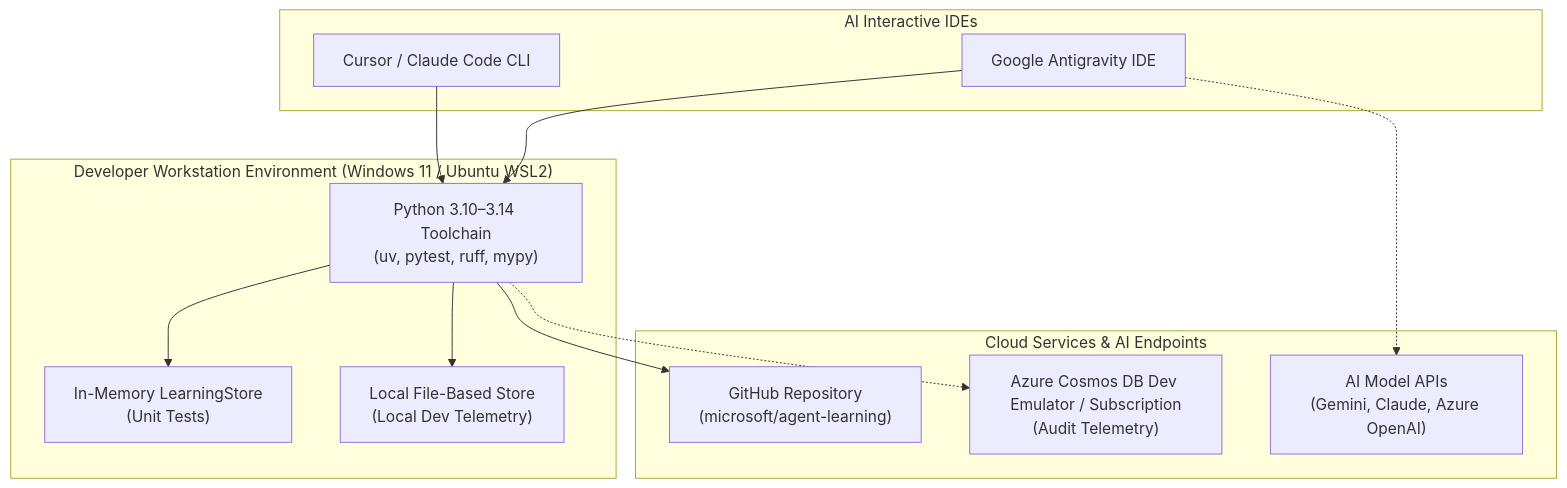
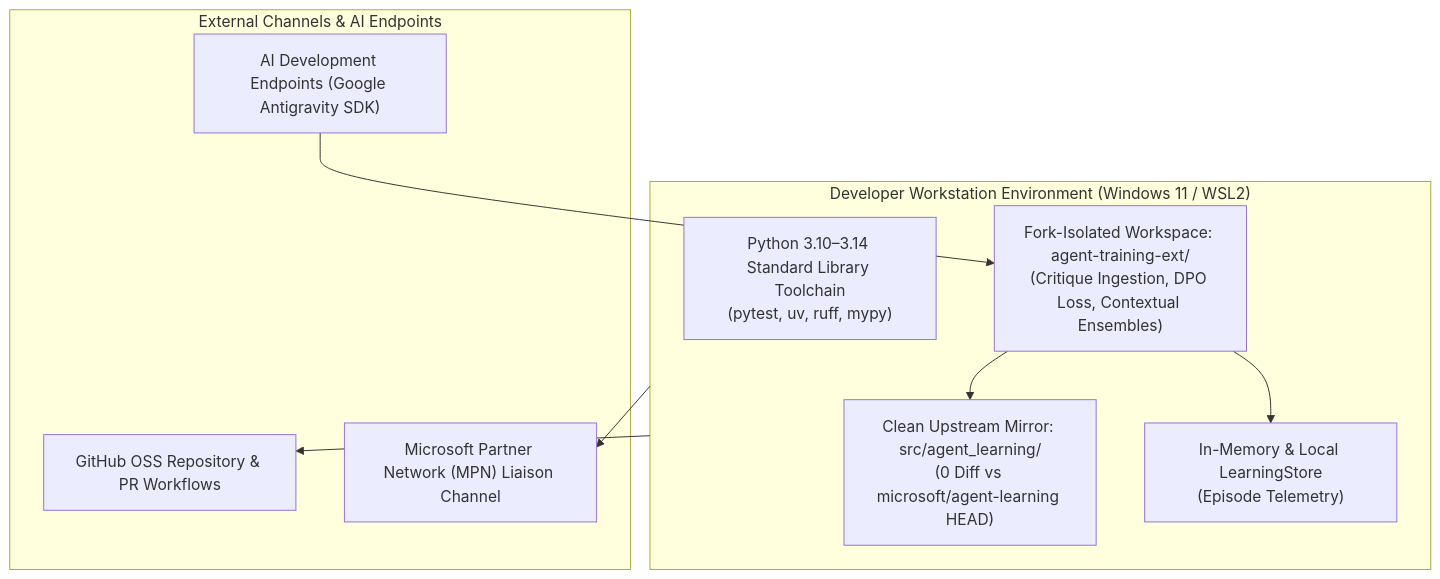
One commit to mdresch/agent-learning changed the diagram in docs/project-docs/management-plans/resource-baseline/foundation/Resource-Tooling-and-Assignment-Register.md. Above: the diagram before and after it, drawn with Mermaid. The commit also changed other lines of this file and 187 other files, not shown here.

````diff
--- a/docs/project-docs/management-plans/resource-baseline/foundation/Resource-Tooling-and-Assignment-Register.md
+++ b/docs/project-docs/management-plans/resource-baseline/foundation/Resource-Tooling-and-Assignment-Register.md
@@ -27,27 +27,21 @@
 ```mermaid
 flowchart TD
-    subgraph LocalDev["Developer Workstation Environment (Windows 11 / Ubuntu WSL2)"]
-        PY["Python 3.10–3.14 Toolchain<br/>(uv, pytest, ruff, mypy)"]
-        MEM["In-Memory LearningStore<br/>(Unit Tests)"]
-        LCL["Local File-Based Store<br/>(Local Dev Telemetry)"]
+    subgraph LocalDev["Developer Workstation Environment (Windows 11 / WSL2)"]
+        PY["Python 3.10–3.14 Standard Library Toolchain<br/>(pytest, uv, ruff, mypy)"]
+        EXT["Fork-Isolated Workspace: agent-training-ext/<br/>(Critique Ingestion, DPO Loss, Contextual Ensembles)"]
+        CORE["Clean Upstream Mirror: src/agent_learning/<br/>(0 Diff vs microsoft/agent-learning HEAD)"]
+        MEM["In-Memory & Local LearningStore<br/>(Episode Telemetry)"]
     end
 
-    subgraph CloudInfra["Cloud Services & AI Endpoints"]
-        GH["GitHub Repository<br/>(microsoft/agent-learning)"]
-        COS["Azure Cosmos DB Dev Emulator / Subscription<br/>(Audit Telemetry)"]
-        AI["AI Model APIs<br/>(Gemini, Claude, Azure OpenAI)"]
+    subgraph ExternalServices["External Channels & AI Endpoints"]
+        GH["GitHub OSS Repository & PR Workflows"]
+        MPN["Microsoft Partner Network (MPN) Liaison Channel"]
+        AI["AI Development Endpoints (Google Antigravity SDK)"]
     end
 
-    subgraph Agents["AI Interactive IDEs"]
-        AGY["Google Antigravity IDE"]
-        CUR["Cursor / Claude Code CLI"]
-    end
-
-    AGY --> PY
-    CUR --> PY
-    PY --> MEM
-    PY --> LCL
-    PY --> GH
-    PY -.-> COS
-    AGY -.-> AI
+    AI --> EXT
+    EXT --> CORE
+    EXT --> MEM
+    LocalDev --> GH
+    LocalDev --> MPN
 ```
````
